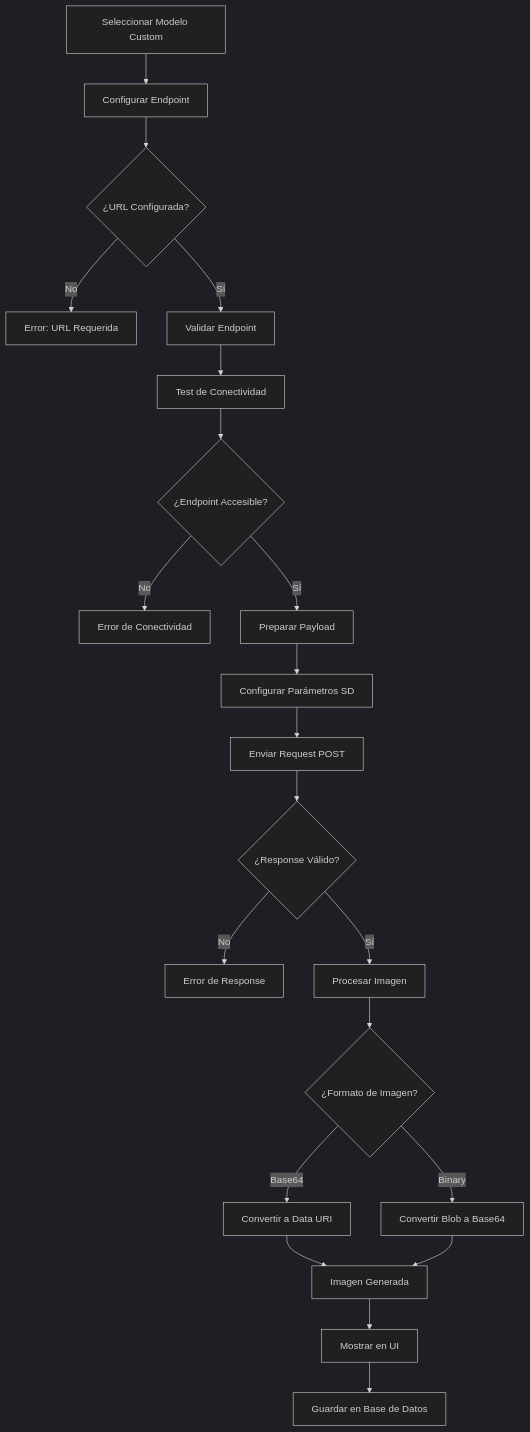
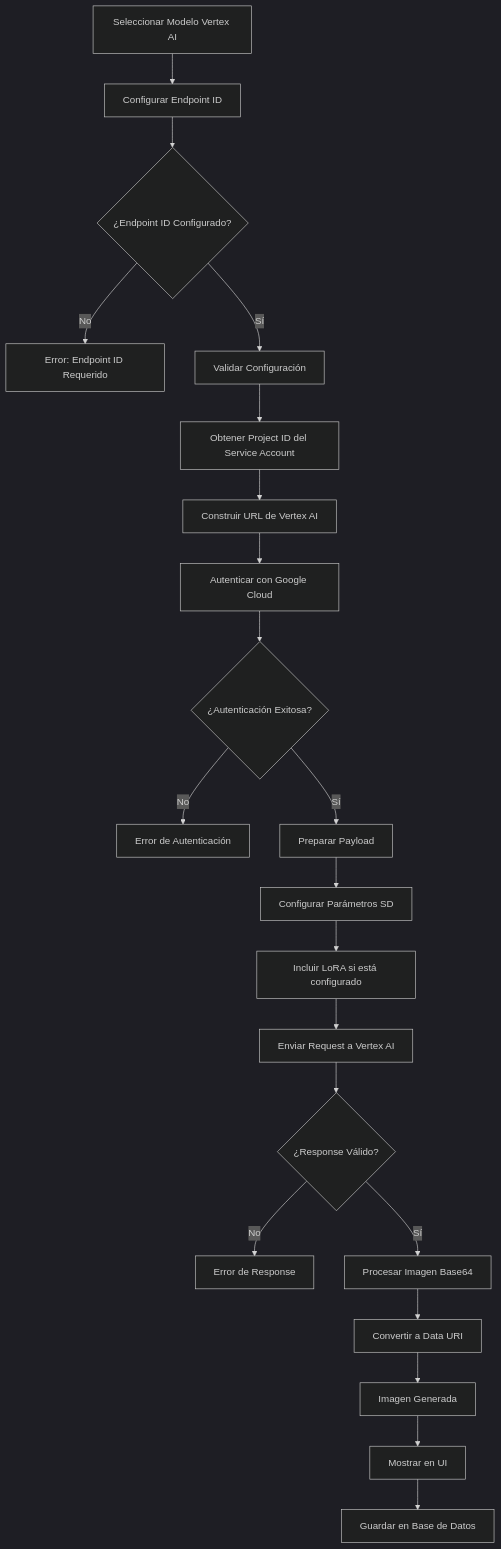
The fourth of 8 diagrams in FLUJO_APLICACION.md (Leem0nStudio/CHARAFORGE-KL9K), drawn with Mermaid (dark theme) before and after one commit. The commit also changed other lines of this file and 4 other files, not shown here.

````diff
--- a/FLUJO_APLICACION.md
+++ b/FLUJO_APLICACION.md
@@ -147,27 +147,28 @@
 ```mermaid
 flowchart TD
-    A[Seleccionar Modelo Custom] --> B[Configurar Endpoint]
-    B --> C{¿URL Configurada?}
-    C -->|No| D[Error: URL Requerida]
-    C -->|Sí| E[Validar Endpoint]
+    A[Seleccionar Modelo Vertex AI] --> B[Configurar Endpoint ID]
+    B --> C{¿Endpoint ID Configurado?}
+    C -->|No| D[Error: Endpoint ID Requerido]
+    C -->|Sí| E[Validar Configuración]
     
-    E --> F[Test de Conectividad]
-    F --> G{¿Endpoint Accesible?}
-    G -->|No| H[Error de Conectividad]
-    G -->|Sí| I[Preparar Payload]
+    E --> F[Obtener Project ID del Service Account]
+    F --> G[Construir URL de Vertex AI]
+    G --> H[Autenticar con Google Cloud]
     
-    I --> J[Configurar Parámetros SD]
-    J --> K[Enviar Request POST]
-    K --> L{¿Response Válido?}
-    L -->|No| M[Error de Response]
-    L -->|Sí| N[Procesar Imagen]
+    H --> I{¿Autenticación Exitosa?}
+    I -->|No| J[Error de Autenticación]
+    I -->|Sí| K[Preparar Payload]
     
-    N --> O{¿Formato de Imagen?}
-    O -->|Base64| P[Convertir a Data URI]
-    O -->|Binary| Q[Convertir Blob a Base64]
+    K --> L[Configurar Parámetros SD]
+    L --> M[Incluir LoRA si está configurado]
+    M --> N[Enviar Request a Vertex AI]
     
-    P --> R[Imagen Generada]
-    Q --> R
-    R --> S[Mostrar en UI]
-    S --> T[Guardar en Base de Datos]
+    N --> O{¿Response Válido?}
+    O -->|No| P[Error de Response]
+    O -->|Sí| Q[Procesar Imagen Base64]
+    
+    Q --> R[Convertir a Data URI]
+    R --> S[Imagen Generada]
+    S --> T[Mostrar en UI]
+    T --> U[Guardar en Base de Datos]
 ```
````
